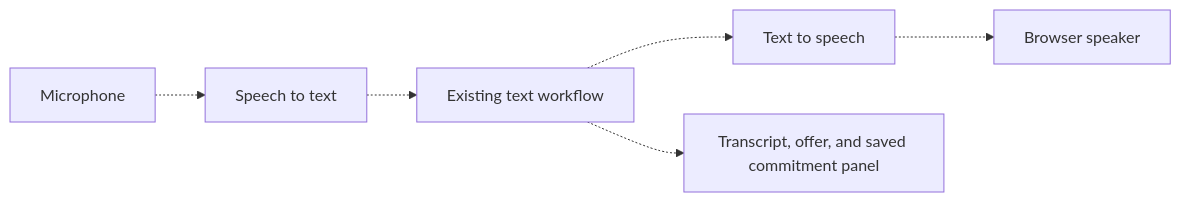
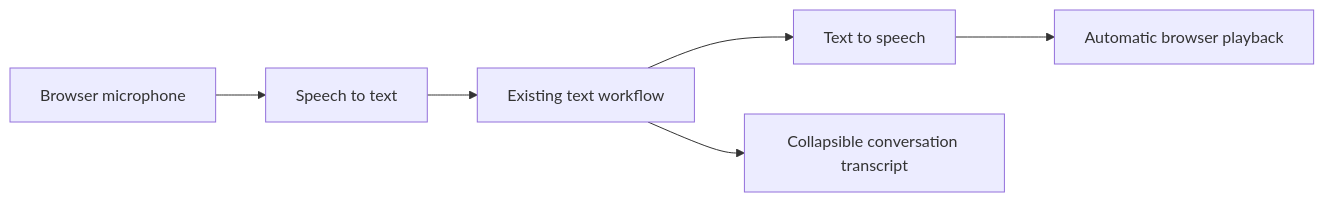
One commit to sergiomorapardo/AgenticDebtCollection changed the second of 2 diagrams in docs/ROADMAP.md. Above: the diagram before and after it, drawn with Mermaid. The commit also changed other lines of this file and 9 other files, not shown here.

````diff
--- a/docs/ROADMAP.md
+++ b/docs/ROADMAP.md
@@ -29,8 +37,8 @@
 ```mermaid
 flowchart LR
-    M[Microphone] -.-> S[Speech to text]
-    S -.-> G[Existing text workflow]
-    G -.-> T[Text to speech]
-    T -.-> B[Browser speaker]
-    G -.-> P[Transcript, offer, and saved commitment panel]
+    M[Browser microphone] --> S[Speech to text]
+    S --> G[Existing text workflow]
+    G --> T[Text to speech]
+    T --> B[Automatic browser playback]
+    G --> P[Collapsible conversation transcript]
 ```
````
